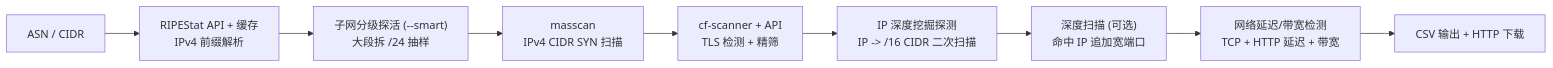
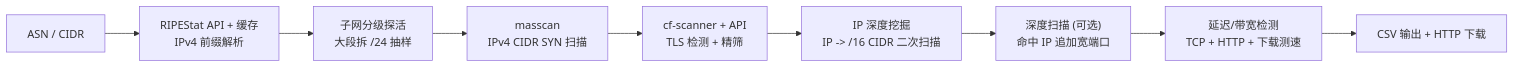
One commit to xiaoqian-1001/IP-Tidy changed the diagram in README.md. Above: the diagram before and after it, drawn with Mermaid. The commit also changed other lines of this file, not shown here.

````diff
--- a/README.md
+++ b/README.md
@@ -108,11 +124,11 @@
 ```mermaid
 graph LR
     A["ASN / CIDR"] --> B["RIPEStat API + 缓存<br/>IPv4 前缀解析"]
-    B --> C["子网分级探活 (--smart)<br/>大段拆 /24 抽样"]
+    B --> C["子网分级探活<br/>大段拆 /24 抽样"]
     C --> D["masscan<br/>IPv4 CIDR SYN 扫描"]
     D --> E["cf-scanner + API<br/>TLS 检测 + 精筛"]
-    E --> F["IP 深度挖掘探测<br/>IP -> /16 CIDR 二次扫描"]
+    E --> F["IP 深度挖掘<br/>IP -> /16 CIDR 二次扫描"]
     F --> G["深度扫描 (可选)<br/>命中 IP 追加宽端口"]
-    G --> H["网络延迟/带宽检测<br/>TCP + HTTP 延迟 + 带宽"]
+    G --> H["延迟/带宽检测<br/>TCP + HTTP + 下载测速"]
     H --> I["CSV 输出 + HTTP 下载"]
 ```
````
